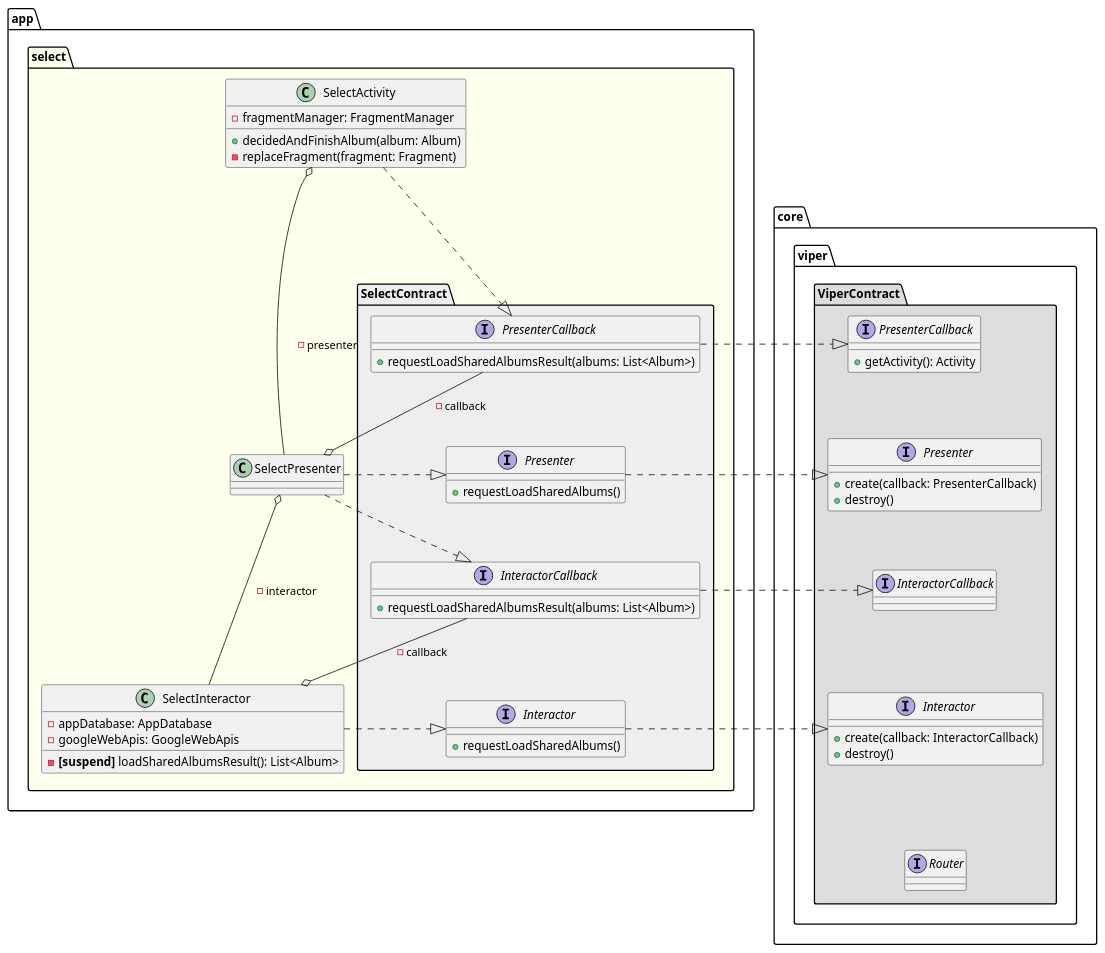
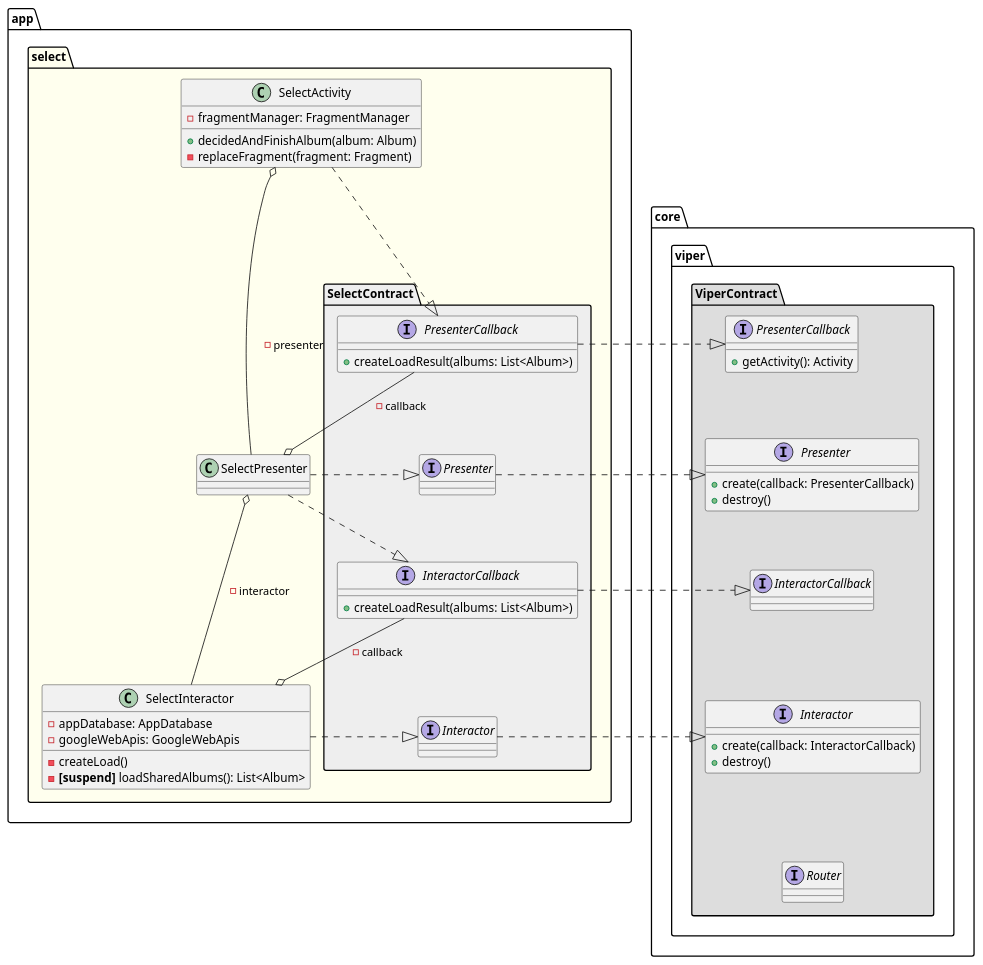
One commit to sallyluenoa/PhotoSlideShow changed the diagram in uml/select/class_diagram_select_viper.md. Above: the diagram before and after it, drawn with PlantUML. The commit also changed 7 other files, not shown here.

```diff
--- a/uml/select/class_diagram_select_viper.md
+++ b/uml/select/class_diagram_select_viper.md
@@ -1,73 +1,70 @@
 @startuml
 namespace core.viper.ViperContract #DDDDDD {
   interface Presenter {
     + create(callback: PresenterCallback)
     + destroy()
   }
   interface PresenterCallback {
     + getActivity(): Activity
   }
   interface Interactor {
     + create(callback: InteractorCallback)
     + destroy()
   }
   interface InteractorCallback
   interface Router
 
   PresenterCallback -[hidden]-> Presenter
   Presenter -[hidden]-> InteractorCallback
   InteractorCallback -[hidden]-> Interactor
   Interactor -[hidden]-> Router
 }
 
 namespace app.select #FFFFEE {
 
   namespace app.select.SelectContract #EEEEEE {
-    interface Presenter {
-      + requestLoadSharedAlbums()
+    interface Presenter
+    interface PresenterCallback {
+      + createLoadResult(albums: List<Album>)
     }
-    interface PresenterCallback {
-      + requestLoadSharedAlbumsResult(albums: List<Album>)
-    }
-    interface Interactor {
-      + requestLoadSharedAlbums()
-    }
+    interface Interactor
     interface InteractorCallback {
-      + requestLoadSharedAlbumsResult(albums: List<Album>)
+      + createLoadResult(albums: List<Album>)
     }
 
     PresenterCallback -[hidden]-> Presenter
     Presenter -[hidden]-> InteractorCallback
     InteractorCallback -[hidden]-> Interactor
   }
 
   class SelectActivity {
     - fragmentManager: FragmentManager
     + decidedAndFinishAlbum(album: Album)
     - replaceFragment(fragment: Fragment)
   }
   class SelectPresenter
   class SelectInteractor {
     - appDatabase: AppDatabase
     - googleWebApis: GoogleWebApis
-    - <b>[suspend]</b> loadSharedAlbumsResult(): List<Album>
+    - createLoad()
+    - <b>[suspend]</b> loadSharedAlbums(): List<Album>
   }
 
   SelectActivity o-down-- SelectPresenter: - presenter
   SelectPresenter o-down-- SelectInteractor: - interactor
 
   SelectPresenter .right.|> app.select.SelectContract.Presenter
   SelectInteractor .right.|> app.select.SelectContract.Interactor
 
   SelectPresenter o-up- app.select.SelectContract.PresenterCallback: - callback
   SelectInteractor o-up- app.select.SelectContract.InteractorCallback: - callback
 
   SelectActivity .down.|> app.select.SelectContract.PresenterCallback
   SelectPresenter .down.|> app.select.SelectContract.InteractorCallback
 }
 
 app.select.SelectContract.PresenterCallback .right.|> core.viper.ViperContract.PresenterCallback
 app.select.SelectContract.Presenter .right.|> core.viper.ViperContract.Presenter
 app.select.SelectContract.InteractorCallback .right.|> core.viper.ViperContract.InteractorCallback
 app.select.SelectContract.Interactor .right.|> core.viper.ViperContract.Interactor
 @enduml
```
